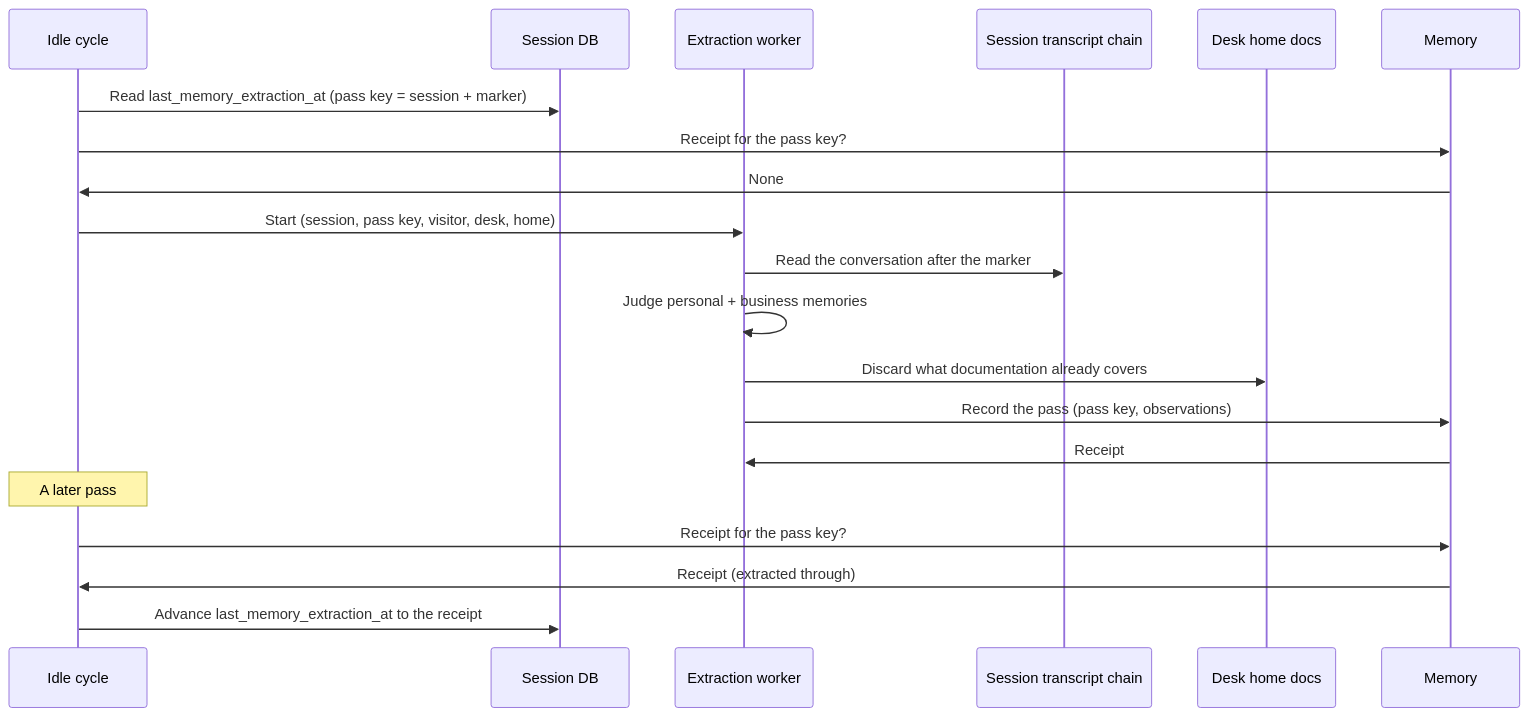
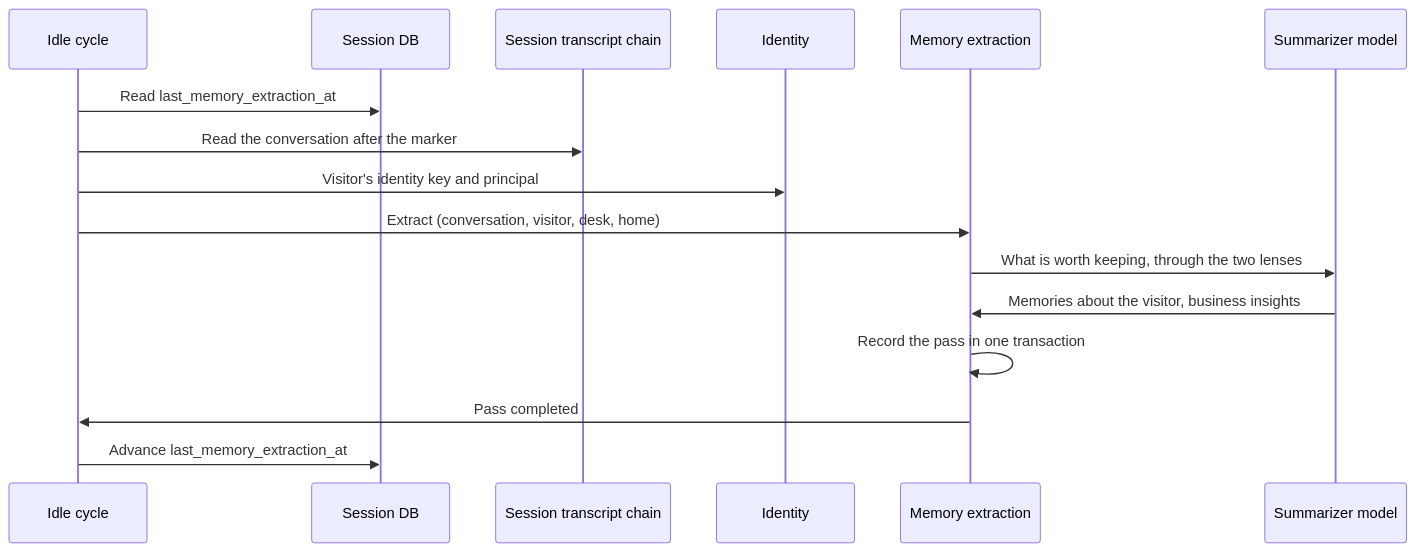
One commit to InstruktAI/TeleClaude changed the ninth of 15 diagrams in docs/local/design/architecture/help-desk-platform.md. Above: the diagram before and after it, drawn with Mermaid. The commit also changed other lines of this file and 5 other files, not shown here.

First line of the commit message:
docs(help-desk): in-process desk extraction, business-insight types, failure modes [skip ci]

````diff
--- a/docs/local/design/architecture/help-desk-platform.md
+++ b/docs/local/design/architecture/help-desk-platform.md
@@ -733,23 +728,19 @@
 ```mermaid
 sequenceDiagram
     participant Cycle as Idle cycle
     participant DB as Session DB
-    participant Worker as Extraction worker
     participant Transcript as Session transcript chain
-    participant Docs as Desk home docs
-    participant Memory as Memory
+    participant Identity as Identity
+    participant Memory as Memory extraction
+    participant Model as Summarizer model
 
-    Cycle->>DB: Read last_memory_extraction_at (pass key = session + marker)
-    Cycle->>Memory: Receipt for the pass key?
-    Memory->>Cycle: None
-    Cycle->>Worker: Start (session, pass key, visitor, desk, home)
-    Worker->>Transcript: Read the conversation after the marker
-    Worker->>Worker: Judge personal + business memories
-    Worker->>Docs: Discard what documentation already covers
-    Worker->>Memory: Record the pass (pass key, observations)
-    Memory->>Worker: Receipt
-    Note over Cycle: A later pass
-    Cycle->>Memory: Receipt for the pass key?
-    Memory->>Cycle: Receipt (extracted through)
-    Cycle->>DB: Advance last_memory_extraction_at to the receipt
+    Cycle->>DB: Read last_memory_extraction_at
+    Cycle->>Transcript: Read the conversation after the marker
+    Cycle->>Identity: Visitor's identity key and principal
+    Cycle->>Memory: Extract (conversation, visitor, desk, home)
+    Memory->>Model: What is worth keeping, through the two lenses
+    Model->>Memory: Memories about the visitor, business insights
+    Memory->>Memory: Record the pass in one transaction
+    Memory->>Cycle: Pass completed
+    Cycle->>DB: Advance last_memory_extraction_at
 ```
````
